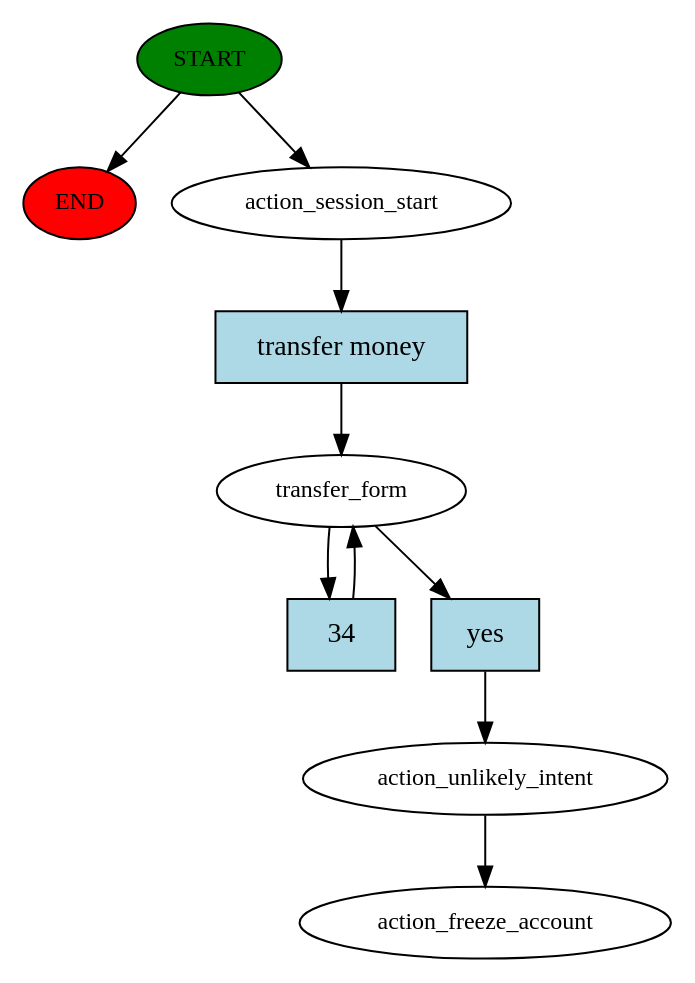
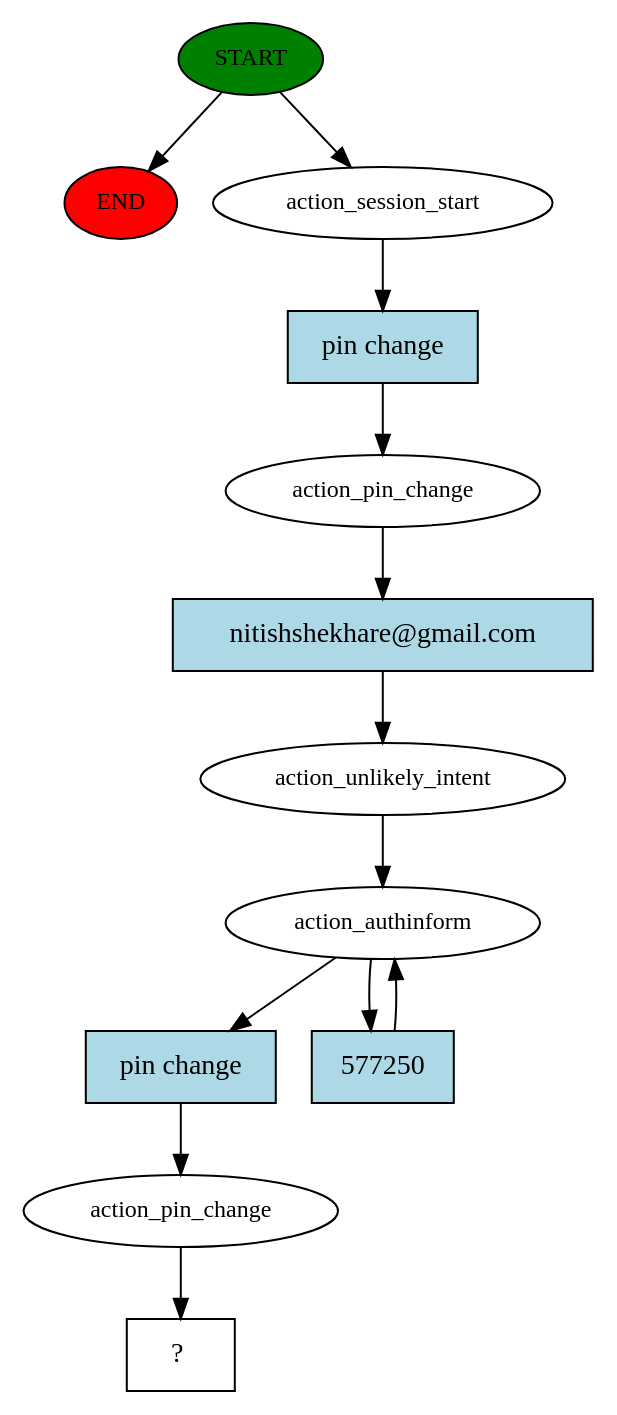
The diagram in rasa/story_graph.dot (Atharv157/RasaDjangoChatbot), drawn with Graphviz before and after one commit. The commit also changed 26 other files, not shown here.

```diff
--- a/rasa/story_graph.dot
+++ b/rasa/story_graph.dot
@@ -1,20 +1,26 @@
 digraph  {
 0 [class="start active", fillcolor=green, fontsize=12, label=START, style=filled];
 "-1" [class=end, fillcolor=red, fontsize=12, label=END, style=filled];
 1 [class=active, fontsize=12, label=action_session_start];
-2 [class=active, fontsize=12, label=transfer_form];
-8 [class=active, fontsize=12, label=action_unlikely_intent];
-9 [class="dashed active", fontsize=12, label=action_freeze_account];
-10 [class="intent active", fillcolor=lightblue, label="transfer money", shape=rect, style=filled];
-11 [class="intent active", fillcolor=lightblue, label=34, shape=rect, style=filled];
-12 [class="intent active", fillcolor=lightblue, label=yes, shape=rect, style=filled];
+2 [class=active, fontsize=12, label=action_pin_change];
+3 [class=active, fontsize=12, label=action_unlikely_intent];
+4 [class=active, fontsize=12, label=action_authinform];
+6 [class=active, fontsize=12, label=action_pin_change];
+7 [class="intent dashed active", label="  ?  ", shape=rect];
+8 [class="intent active", fillcolor=lightblue, label="pin change", shape=rect, style=filled];
+9 [class="intent active", fillcolor=lightblue, label="nitishshekhare@gmail.com", shape=rect, style=filled];
+10 [class="intent active", fillcolor=lightblue, label="pin change", shape=rect, style=filled];
+11 [class="intent active", fillcolor=lightblue, label=577250, shape=rect, style=filled];
 0 -> "-1"  [class="", key=NONE, label=""];
 0 -> 1  [class=active, key=NONE, label=""];
-1 -> 10  [class=active, key=0];
-2 -> 11  [class=active, key=0];
-2 -> 12  [class=active, key=0];
-8 -> 9  [class=active, key=NONE, label=""];
-10 -> 2  [class=active, key=0];
-11 -> 2  [class=active, key=0];
-12 -> 8  [class=active, key=0];
+1 -> 8  [class=active, key=0];
+2 -> 9  [class=active, key=0];
+3 -> 4  [class=active, key=NONE, label=""];
+4 -> 10  [class=active, key=0];
+4 -> 11  [class=active, key=0];
+6 -> 7  [class=active, key=NONE, label=""];
+8 -> 2  [class=active, key=0];
+9 -> 3  [class=active, key=0];
+10 -> 6  [class=active, key=0];
+11 -> 4  [class=active, key=0];
 }
```
